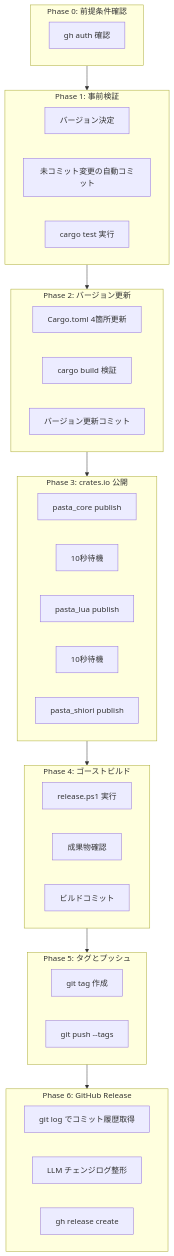
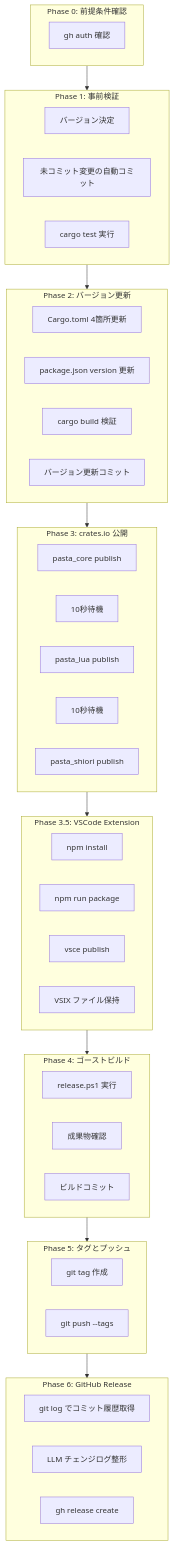
Before and after one commit to ekicyou/pasta: the first of 3 diagrams in .kiro/specs/release-workflow/design.md, drawn with Mermaid. The commit also changed other lines of this file and 2 other files, not shown here.

````diff
--- a/.kiro/specs/release-workflow/design.md
+++ b/.kiro/specs/release-workflow/design.md
@@ -48,50 +48,59 @@
 ```mermaid
 graph TB
     subgraph Phase0 [Phase 0: 前提条件確認]
         P0_1[gh auth 確認]
     end
 
     subgraph Phase1 [Phase 1: 事前検証]
         P1_1[バージョン決定]
         P1_2[未コミット変更の自動コミット]
         P1_3[cargo test 実行]
     end
 
     subgraph Phase2 [Phase 2: バージョン更新]
         P2_1[Cargo.toml 4箇所更新]
-        P2_2[cargo build 検証]
-        P2_3[バージョン更新コミット]
+        P2_2[package.json version 更新]
+        P2_3[cargo build 検証]
+        P2_4[バージョン更新コミット]
     end
 
     subgraph Phase3 [Phase 3: crates.io 公開]
         P3_1[pasta_core publish]
         P3_2[10秒待機]
         P3_3[pasta_lua publish]
         P3_4[10秒待機]
         P3_5[pasta_shiori publish]
+    end
+
+    subgraph Phase3_5 [Phase 3.5: VSCode Extension]
+        PV1[npm install]
+        PV2[npm run package]
+        PV3[vsce publish]
+        PV4[VSIX ファイル保持]
     end
 
     subgraph Phase4 [Phase 4: ゴーストビルド]
         P4_1[release.ps1 実行]
         P4_2[成果物確認]
         P4_3[ビルドコミット]
     end
 
     subgraph Phase5 [Phase 5: タグとプッシュ]
         P5_1[git tag 作成]
         P5_2[git push --tags]
     end
 
     subgraph Phase6 [Phase 6: GitHub Release]
         P6_1[git log でコミット履歴取得]
         P6_2[LLM チェンジログ整形]
         P6_3[gh release create]
     end
 
     Phase0 --> Phase1
     Phase1 --> Phase2
     Phase2 --> Phase3
-    Phase3 --> Phase4
+    Phase3 --> Phase3_5
+    Phase3_5 --> Phase4
     Phase4 --> Phase5
     Phase5 --> Phase6
 ```
````
